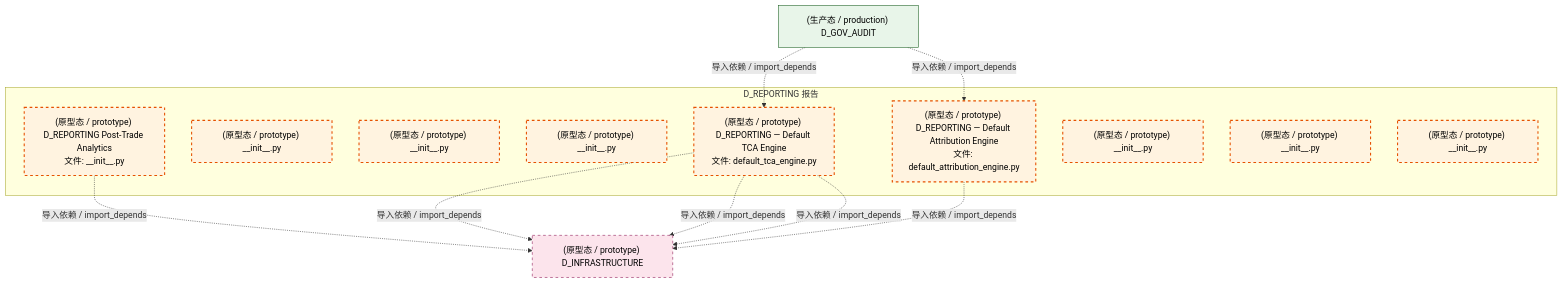
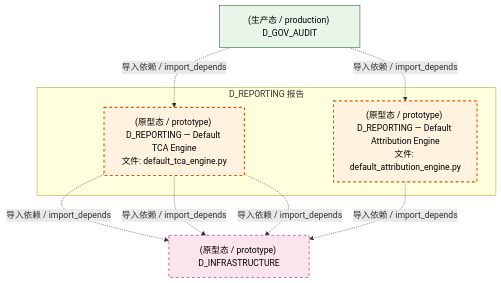
The third of 4 diagrams in docs/02_enterprise_architecture/02_domain_architecture_docs/23_d_reporting.md (xuanFelixVan/ZephyrAlpha), drawn with Mermaid before and after one commit. The commit also changed other lines of this file and 126 other files, not shown here.

````diff
--- a/docs/02_enterprise_architecture/02_domain_architecture_docs/23_d_reporting.md
+++ b/docs/02_enterprise_architecture/02_domain_architecture_docs/23_d_reporting.md
@@ -153,30 +132,22 @@
 ```mermaid
 graph TD
     subgraph D_REPORTING["D_REPORTING 报告"]
-        src_zephyr_reporting_init_py["(原型态 / prototype) D_REPORTING Post-Trade Analytics<br/>文件: __init__.py"]
-        src_zephyr_reporting_extensions_init_py["(原型态 / prototype) __init__.py"]
-        src_zephyr_reporting_api_init_py["(原型态 / prototype) __init__.py"]
-        src_zephyr_reporting_core_init_py["(原型态 / prototype) __init__.py"]
         src_zephyr_reporting_default_attribution_engine_py["(原型态 / prototype) D_REPORTING — Default Attribution Engine<br/>文件: default_attribution_engine.py"]
         src_zephyr_reporting_default_tca_engine_py["(原型态 / prototype) D_REPORTING — Default TCA Engine<br/>文件: default_tca_engine.py"]
-        src_zephyr_reporting_infrastructure_init_py["(原型态 / prototype) __init__.py"]
-        src_zephyr_reporting_models_init_py["(原型态 / prototype) __init__.py"]
-        src_zephyr_reporting_services_init_py["(原型态 / prototype) __init__.py"]
     end
     D_INFRASTRUCTURE["(原型态 / prototype) D_INFRASTRUCTURE"]
     src_zephyr_reporting_default_tca_engine_py -.->|导入依赖 / import_depends| D_INFRASTRUCTURE
-    src_zephyr_reporting_init_py -.->|导入依赖 / import_depends| D_INFRASTRUCTURE
-    src_zephyr_reporting_default_tca_engine_py -.->|导入依赖 / import_depends| D_INFRASTRUCTURE
     src_zephyr_reporting_default_tca_engine_py -.->|导入依赖 / import_depends| D_INFRASTRUCTURE
     src_zephyr_reporting_default_attribution_engine_py -.->|导入依赖 / import_depends| D_INFRASTRUCTURE
+    src_zephyr_reporting_default_tca_engine_py -.->|导入依赖 / import_depends| D_INFRASTRUCTURE
     D_GOV_AUDIT["(生产态 / production) D_GOV_AUDIT"]
     D_GOV_AUDIT -.->|导入依赖 / import_depends| src_zephyr_reporting_default_tca_engine_py
     D_GOV_AUDIT -.->|导入依赖 / import_depends| src_zephyr_reporting_default_attribution_engine_py
     classDef production fill:#e1f5fe,stroke:#01579b,stroke-width:2px,color:#000
     classDef design fill:#fff3e0,stroke:#e65100,stroke-width:2px,color:#000,stroke-dasharray: 5 5
     classDef external_prod fill:#e8f5e9,stroke:#1b5e20,stroke-width:1px,color:#000
     classDef external_design fill:#fce4ec,stroke:#880e4f,stroke-width:1px,color:#000,stroke-dasharray: 5 5
-    class src_zephyr_reporting_init_py,src_zephyr_reporting_extensions_init_py,src_zephyr_reporting_api_init_py,src_zephyr_reporting_core_init_py,src_zephyr_reporting_default_attribution_engine_py,src_zephyr_reporting_default_tca_engine_py,src_zephyr_reporting_infrastructure_init_py,src_zephyr_reporting_models_init_py,src_zephyr_reporting_services_init_py design
+    class src_zephyr_reporting_default_attribution_engine_py,src_zephyr_reporting_default_tca_engine_py design
     class D_GOV_AUDIT external_prod
     class D_INFRASTRUCTURE external_design
 ```
````
